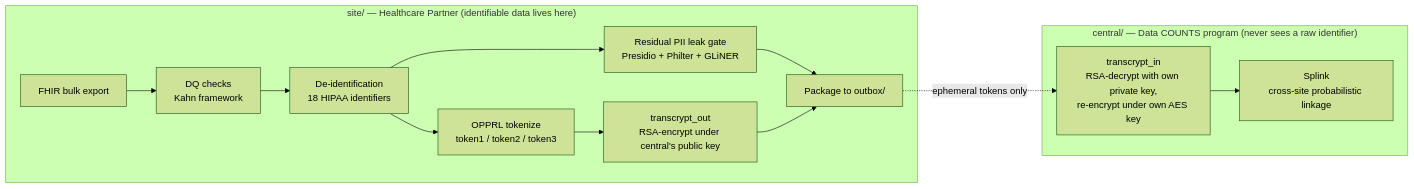
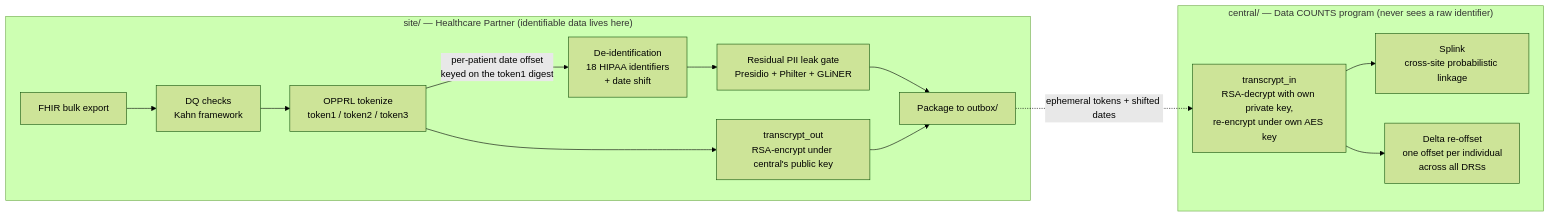
Before and after one commit to marcelo-g-simas/nih-data-counts-poc: the first of 2 diagrams in REPORT.md, drawn with Mermaid (forest theme). The commit also changed other lines of this file and 14 other files, not shown here.

Commit message:
Added date shifts that are consistent across sites and DRSs, added discussion on hardening.

````diff
--- a/REPORT.md
+++ b/REPORT.md
@@ -19,16 +19,17 @@
 ```mermaid
 flowchart LR
     subgraph SITE["site/ — Healthcare Partner (identifiable data lives here)"]
         A[FHIR bulk export] --> B[DQ checks<br/>Kahn framework]
-        B --> C[De-identification<br/>18 HIPAA identifiers]
-        C --> D[OPPRL tokenize<br/>token1 / token2 / token3]
+        B --> D[OPPRL tokenize<br/>token1 / token2 / token3]
         D --> E[transcrypt_out<br/>RSA-encrypt under central's public key]
+        D -- per-patient date offset<br/>keyed on the token1 digest --> C[De-identification<br/>18 HIPAA identifiers<br/>+ date shift]
         C --> F[Residual PII leak gate<br/>Presidio + Philter + GLiNER]
         F --> G[Package to outbox/]
         E --> G
     end
     subgraph CENTRAL["central/ — Data COUNTS program (never sees a raw identifier)"]
         H[transcrypt_in<br/>RSA-decrypt with own private key,<br/>re-encrypt under own AES key] --> I[Splink<br/>cross-site probabilistic linkage]
+        H --> J[Delta re-offset<br/>one offset per individual<br/>across all DRSs]
     end
-    G -. ephemeral tokens only .-> H
+    G -. ephemeral tokens + shifted dates .-> H
 ```
````
